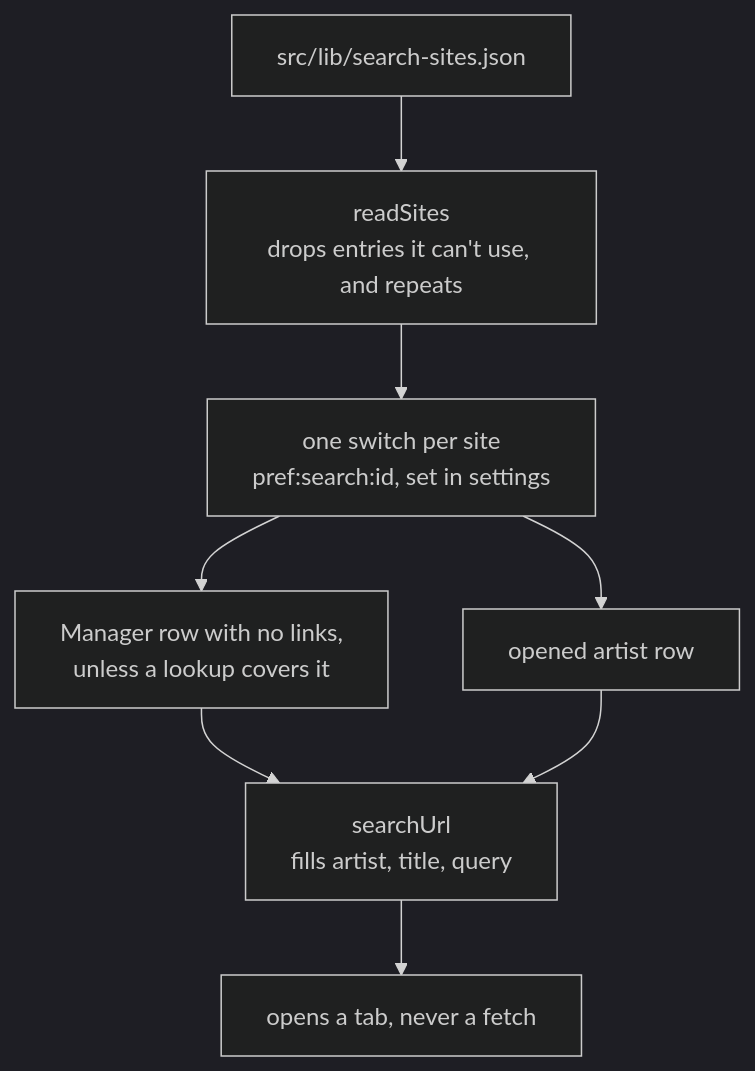
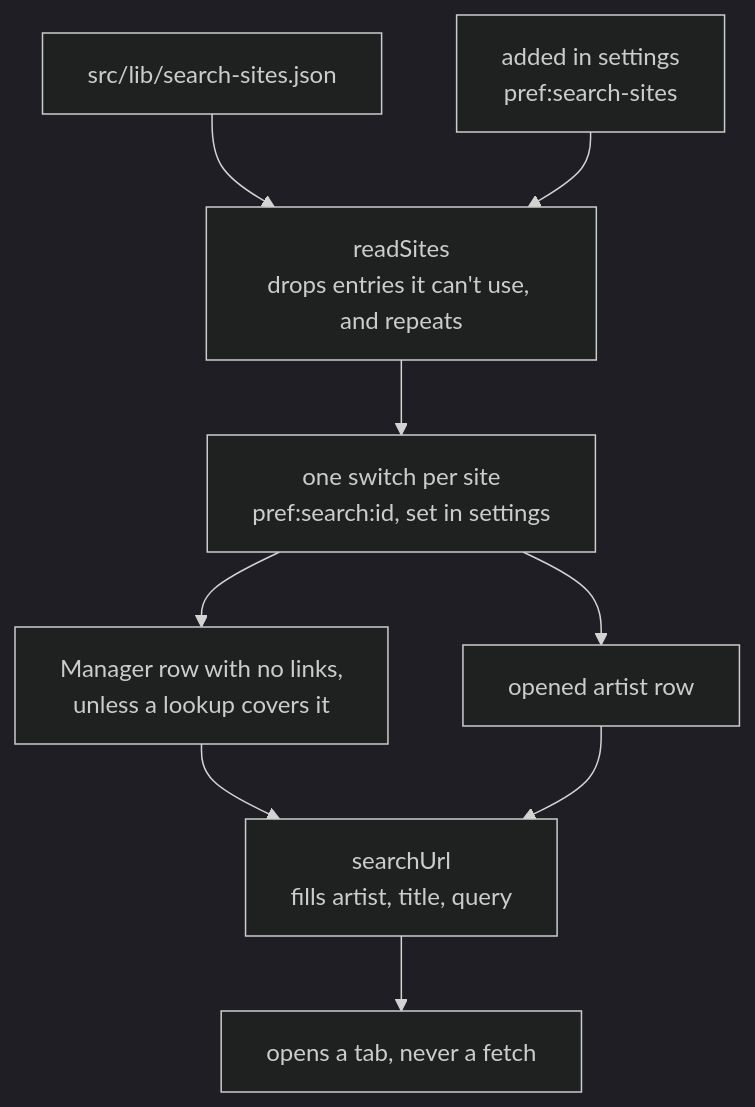
One commit to cutenode/localnetwork changed the fifth of 5 diagrams in apps/localtoolbox/docs/diagrams/manager.md. Above: the diagram before and after it, drawn with Mermaid (dark theme). The commit also changed other lines of this file and 26 other files, not shown here.

First line of the commit message:
feat(localtoolbox): add your own search sites in settings, with a schema for the site list

````diff
--- a/apps/localtoolbox/docs/diagrams/manager.md
+++ b/apps/localtoolbox/docs/diagrams/manager.md
@@ -143,18 +143,20 @@
 ```mermaid
 flowchart TD
   Json["src/lib/search-sites.json"]
+  Own["added in settings<br/>pref:search-sites"]
   Read["readSites<br/>drops entries it can't use, and repeats"]
   Switch["one switch per site<br/>pref:search:id, set in settings"]
   Manager["Manager row with no links,<br/>unless a lookup covers it"]
   Artists["opened artist row"]
   Url["searchUrl<br/>fills artist, title, query"]
   Tab["opens a tab, never a fetch"]
 
   Json --> Read
+  Own --> Read
   Read --> Switch
   Switch --> Manager
   Switch --> Artists
   Manager --> Url
   Artists --> Url
   Url --> Tab
 ```
````
